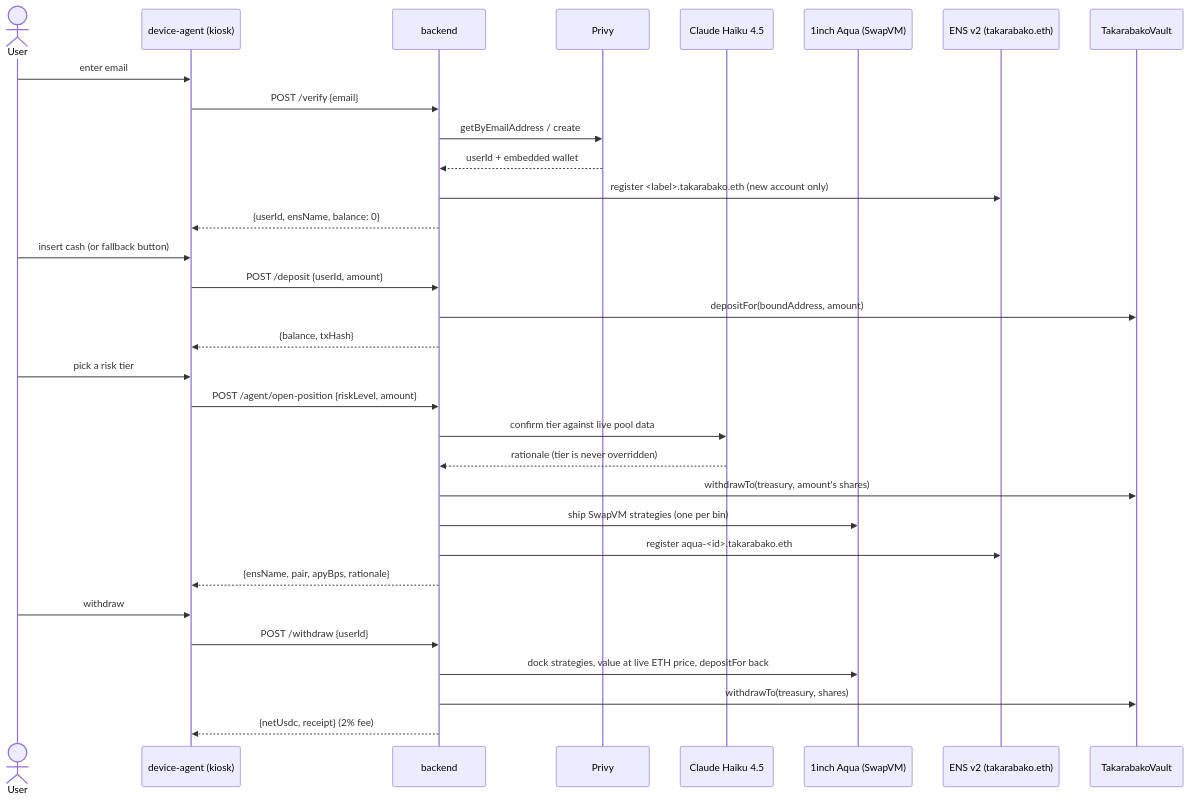
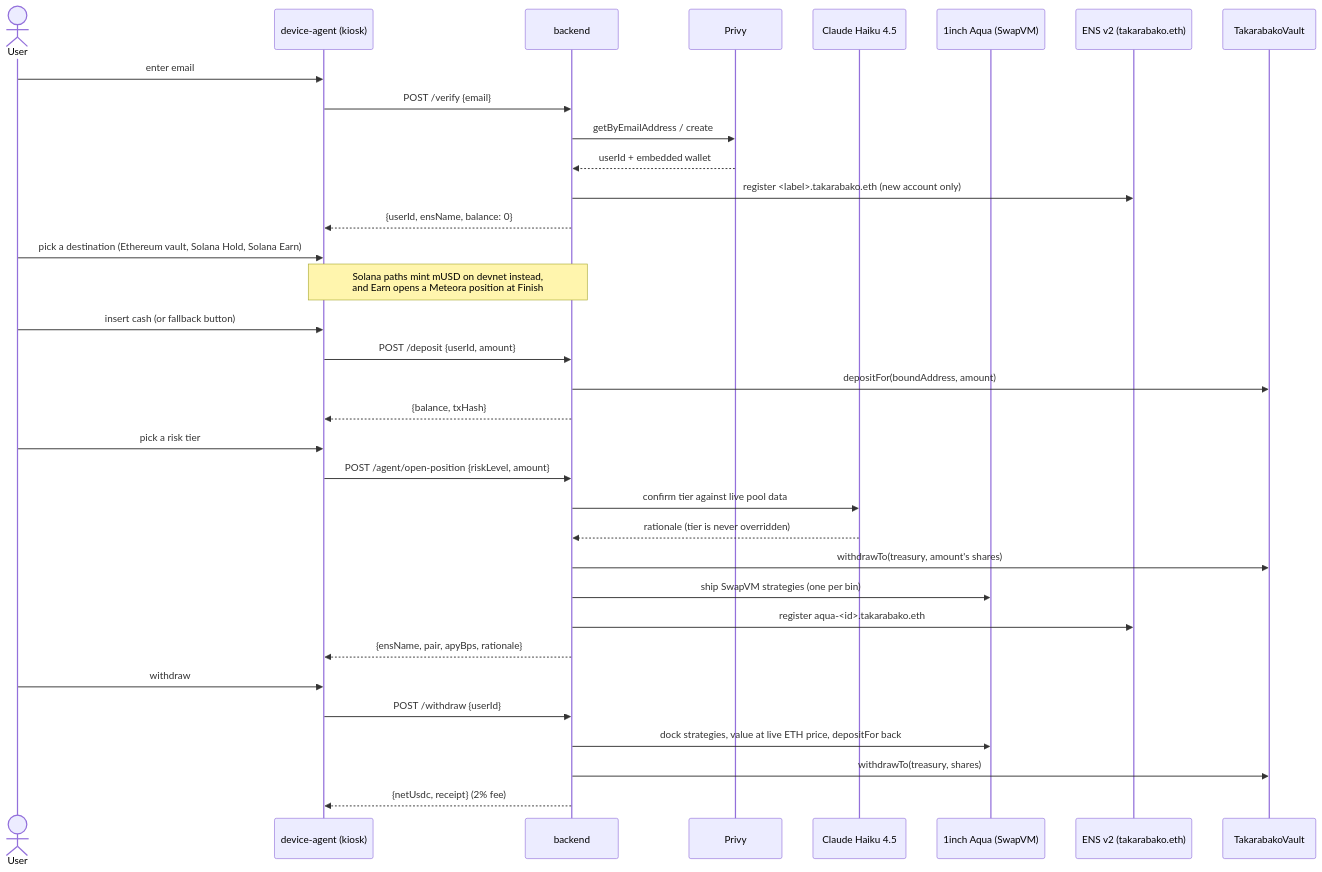
The second of 2 diagrams in README.md (AqilJaafree/takarabako-solana), drawn with Mermaid before and after one commit. The commit also changed other lines of this file, not shown here.

Commit message:
README: describe the Solana side and remove the team section

````diff
--- a/README.md
+++ b/README.md
@@ -239,38 +253,41 @@
 ```mermaid
 sequenceDiagram
     actor User
     participant Kiosk as device-agent (kiosk)
     participant API as backend
     participant Privy
     participant Claude as Claude Haiku 4.5
     participant Aqua as 1inch Aqua (SwapVM)
     participant ENS as ENS v2 (takarabako.eth)
     participant Vault as TakarabakoVault
 
     User->>Kiosk: enter email
     Kiosk->>API: POST /verify {email}
     API->>Privy: getByEmailAddress / create
     Privy-->>API: userId + embedded wallet
     API->>ENS: register <label>.takarabako.eth (new account only)
     API-->>Kiosk: {userId, ensName, balance: 0}
+
+    User->>Kiosk: pick a destination (Ethereum vault, Solana Hold, Solana Earn)
+    Note over Kiosk,API: Solana paths mint mUSD on devnet instead,<br/>and Earn opens a Meteora position at Finish
 
     User->>Kiosk: insert cash (or fallback button)
     Kiosk->>API: POST /deposit {userId, amount}
     API->>Vault: depositFor(boundAddress, amount)
     API-->>Kiosk: {balance, txHash}
 
     User->>Kiosk: pick a risk tier
     Kiosk->>API: POST /agent/open-position {riskLevel, amount}
     API->>Claude: confirm tier against live pool data
     Claude-->>API: rationale (tier is never overridden)
     API->>Vault: withdrawTo(treasury, amount's shares)
     API->>Aqua: ship SwapVM strategies (one per bin)
     API->>ENS: register aqua-<id>.takarabako.eth
     API-->>Kiosk: {ensName, pair, apyBps, rationale}
 
     User->>Kiosk: withdraw
     Kiosk->>API: POST /withdraw {userId}
     API->>Aqua: dock strategies, value at live ETH price, depositFor back
     API->>Vault: withdrawTo(treasury, shares)
     API-->>Kiosk: {netUsdc, receipt} (2% fee)
 ```
````
